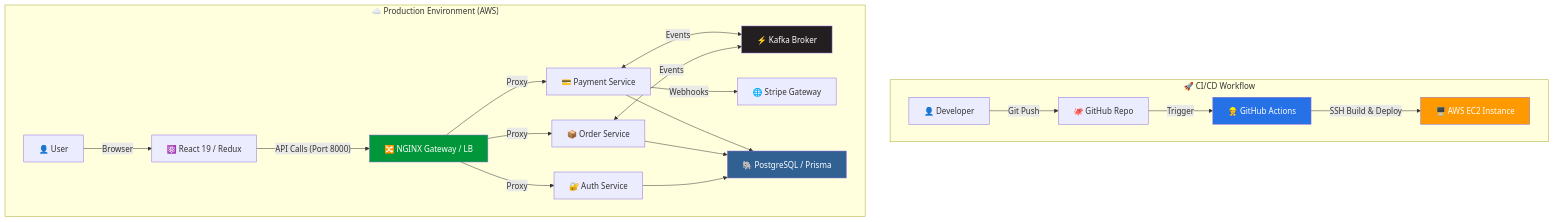
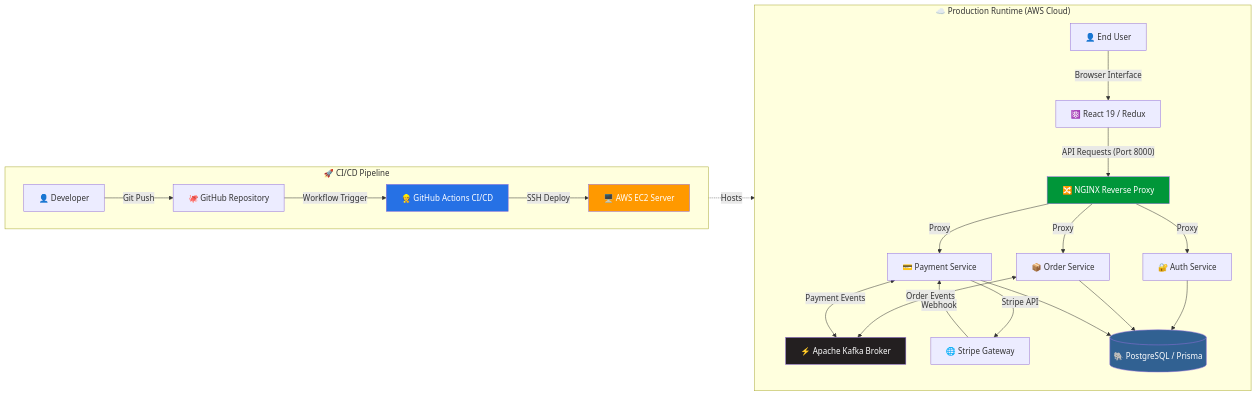
The diagram in README.md (Nagaraj-06/foodie_app), drawn with Mermaid before and after one commit.

````diff
--- a/README.md
+++ b/README.md
@@ -99,32 +99,37 @@
 ```mermaid
-graph TD
-    subgraph "🚀 CI/CD Workflow"
-        Developer["👤 Developer"] -->|"Git Push"| GitHub["🐙 GitHub Repo"]
-        GitHub -->|"Trigger"| GHA["👷 GitHub Actions"]
-        GHA -->|"SSH Build & Deploy"| EC2["🖥️ AWS EC2 Instance"]
+graph LR
+    subgraph "🚀 CI/CD Pipeline"
+        direction LR
+        Dev["👤 Developer"] -->|"Git Push"| GitHub["🐙 GitHub Repository"]
+        GitHub -->|"Workflow Trigger"| GHA["👷 GitHub Actions CI/CD"]
+        GHA -->|"SSH Deploy"| EC2["🖥️ AWS EC2 Server"]
     end
 
-    subgraph "☁️ Production Environment (AWS)"
-        Client["👤 User"] -->|"Browser"| Web["⚛️ React 19 / Redux"]
-        Web -->|"API Calls (Port 8000)"| NGINX["🔀 NGINX Gateway / LB"]
+    subgraph "☁️ Production Runtime (AWS Cloud)"
+        direction TB
+        User["👤 End User"] -->|"Browser Interface"| ReactApp["⚛️ React 19 / Redux"]
+        ReactApp -->|"API Requests (Port 8000)"| Nginx["🔀 NGINX Reverse Proxy"]
         
-        NGINX -->|"Proxy"| AuthS["🔐 Auth Service"]
-        NGINX -->|"Proxy"| OrderS["📦 Order Service"]
-        NGINX -->|"Proxy"| PayS["💳 Payment Service"]
+        Nginx -->|"Proxy"| AuthS["🔐 Auth Service"]
+        Nginx -->|"Proxy"| OrderS["📦 Order Service"]
+        Nginx -->|"Proxy"| PayS["💳 Payment Service"]
 
-        OrderS <-->|"Events"| Kafka["⚡ Kafka Broker"]
-        PayS   <-->|"Events"| Kafka
+        OrderS <-->|"Order Events"| Kafka["⚡ Apache Kafka Broker"]
+        PayS   <-->|"Payment Events"| Kafka
         
-        PayS -->|"Webhooks"| Stripe["🌐 Stripe Gateway"]
+        PayS -->|"Stripe API"| Stripe["🌐 Stripe Gateway"]
+        Stripe -->|"Webhook"| PayS
 
-        AuthS --> DB["🐘 PostgreSQL / Prisma"]
+        AuthS --> DB[("🐘 PostgreSQL / Prisma")]
         OrderS --> DB
         PayS --> DB
     end
+
+    EC2 -.->|"Hosts"| Nginx
 
     style GHA fill:#2671E5,color:#fff
     style EC2 fill:#FF9900,color:#fff
     style Kafka fill:#231F20,color:#fff
     style DB fill:#316192,color:#fff
-    style NGINX fill:#009639,color:#fff
+    style Nginx fill:#009639,color:#fff
 ```
````
